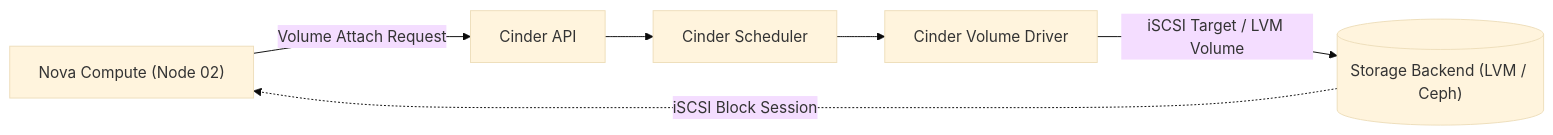
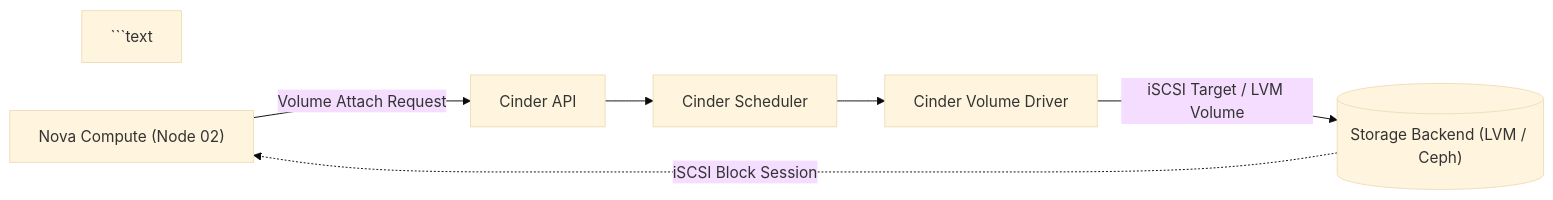
One commit to AbyanDimas/Personal-Research changed the diagram in docs/openstack/core-services/storage.md. Above: the diagram before and after it, drawn with Mermaid (base theme). The commit also changed other lines of this file and 10 other files, not shown here.

````diff
--- a/docs/openstack/core-services/storage.md
+++ b/docs/openstack/core-services/storage.md
@@ -40,8 +42,9 @@
 ```mermaid
 flowchart LR
-    NovaCompute["Nova Compute (Node 02)"] -->|Volume Attach Request| CinderAPI["Cinder API"]
-    CinderAPI --> CinderScheduler["Cinder Scheduler"]
-    CinderScheduler --> CinderVolume["Cinder Volume Driver"]
-    CinderVolume -->|iSCSI Target / LVM Volume| StorageBackend[("Storage Backend (LVM / Ceph)")]
-    StorageBackend -.->|iSCSI Block Session| NovaCompute
+```text
+NovaCompute["Nova Compute (Node 02)"] -->|Volume Attach Request| CinderAPI["Cinder API"]
+CinderAPI --> CinderScheduler["Cinder Scheduler"]
+CinderScheduler --> CinderVolume["Cinder Volume Driver"]
+CinderVolume -->|iSCSI Target / LVM Volume| StorageBackend[("Storage Backend (LVM / Ceph)")]
+StorageBackend -.->|iSCSI Block Session| NovaCompute
 ```
````
